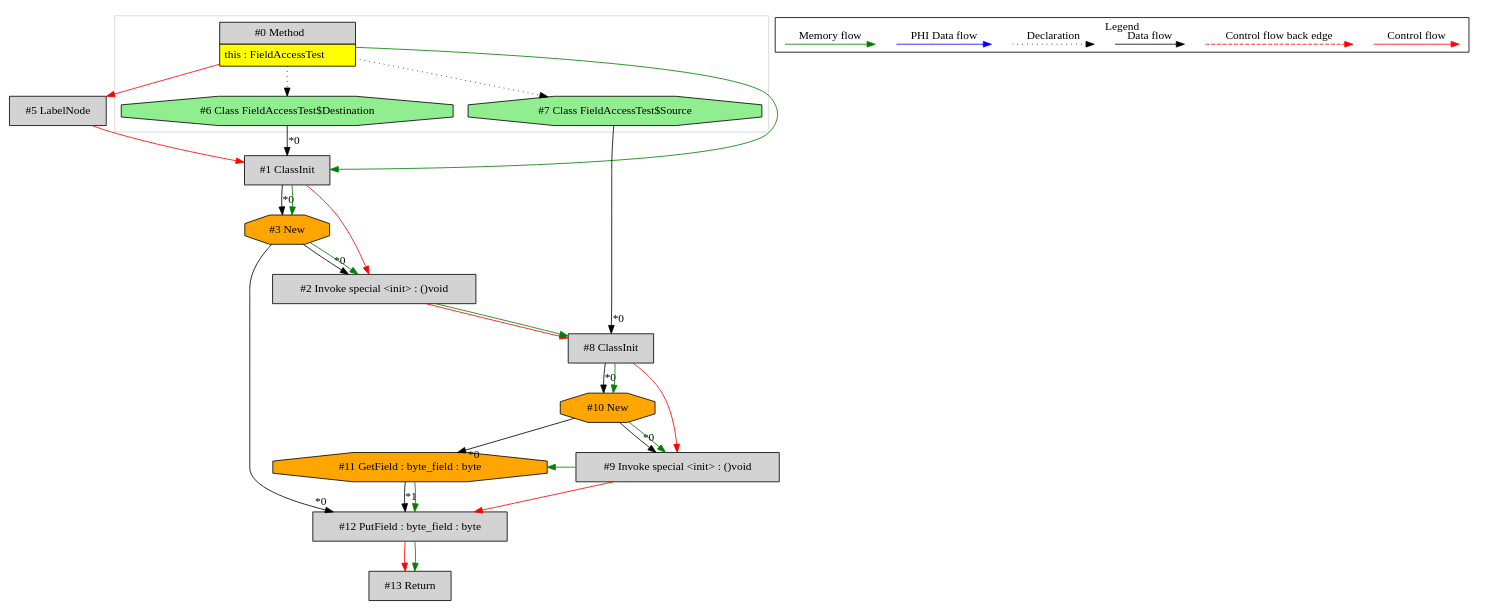
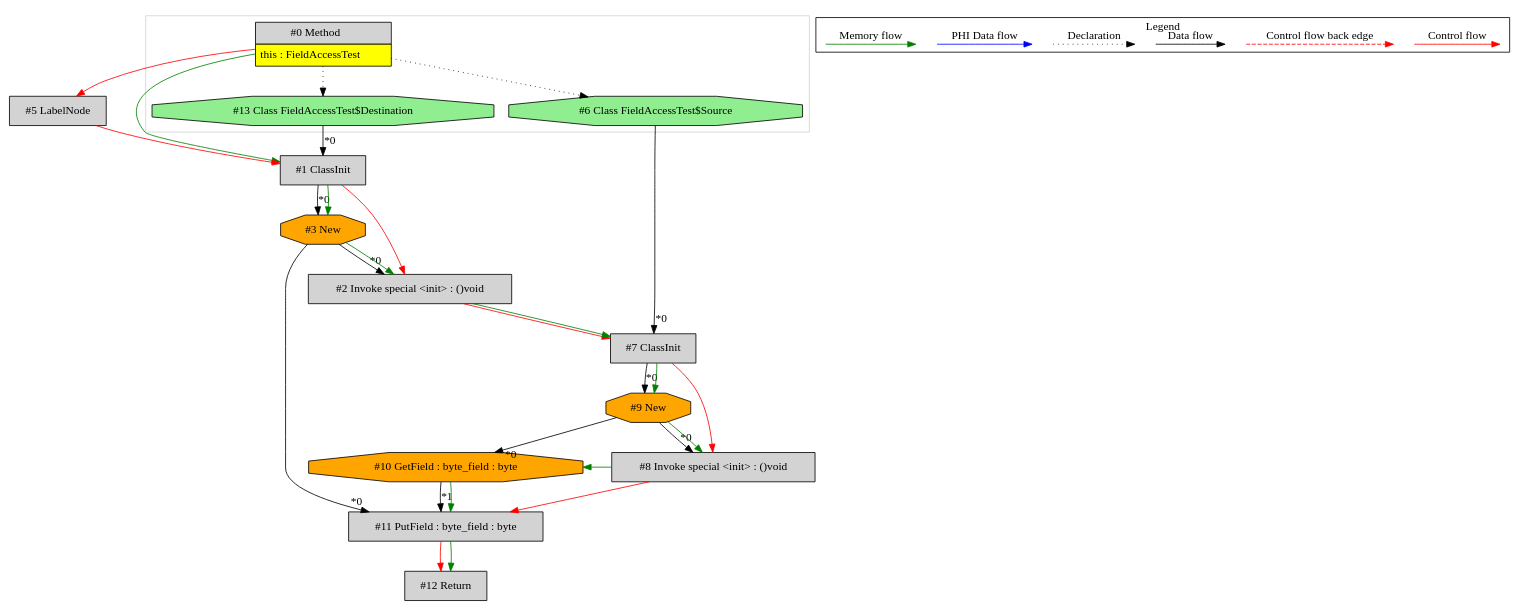
Before and after one commit to mirkosertic/MetaIR: the diagram in de.mirkosertic.metair.ir.examples.FieldAccessTest/copy_byte/ir.dot, drawn with Graphviz. The commit also changed 65 other files, not shown here.

```diff
--- a/de.mirkosertic.metair.ir.examples.FieldAccessTest/copy_byte/ir.dot
+++ b/de.mirkosertic.metair.ir.examples.FieldAccessTest/copy_byte/ir.dot
@@ -1,74 +1,74 @@
 digraph {
  node0[margin="0", label=<<table border="0" cellborder="1" cellspacing="0" cellpadding="5"><tr><td colspan="1">#0 Method</td></tr><tr><td port="prj4" bgcolor="yellow">this : FieldAccessTest</td></tr></table>>,shape=none, fillcolor=lightgrey, style=filled];
+ node1[label="#1 ClassInit",shape=box, fillcolor=lightgrey, style=filled];
+ node13 -> node1[headlabel="*0", labeldistance=2];
+ node5 -> node1[labeldistance=2, color=red, fontcolor=red];
+ node0 -> node1[labeldistance=2, color=green, constraint=false];
  node5[label="#5 LabelNode",shape=box, fillcolor=lightgrey, style=filled];
  node0 -> node5[labeldistance=2, color=red, fontcolor=red];
- node1[label="#1 ClassInit",shape=box, fillcolor=lightgrey, style=filled];
- node6 -> node1[headlabel="*0", labeldistance=2];
- node5 -> node1[labeldistance=2, color=red, fontcolor=red];
- node0 -> node1[labeldistance=2, color=green, constraint=false];
- node6[label="#6 Class FieldAccessTest$Destination",shape=octagon, fillcolor=lightgreen, style=filled];
- node0 -> node6[style=dotted];
+ node13[label="#13 Class FieldAccessTest$Destination",shape=octagon, fillcolor=lightgreen, style=filled];
+ node0 -> node13[style=dotted];
  node2[label="#2 Invoke special <init> : ()void",shape=box, fillcolor=lightgrey, style=filled];
  node3 -> node2[headlabel="*0", labeldistance=2];
  node1 -> node2[labeldistance=2, color=red, fontcolor=red];
  node3 -> node2[labeldistance=2, color=green, constraint=false];
  node3[label="#3 New",shape=octagon, fillcolor=orange, style=filled];
  node1 -> node3[headlabel="*0", labeldistance=2];
  node1 -> node3[labeldistance=2, color=green, constraint=false];
- node12[label="#12 PutField : byte_field : byte",shape=box, fillcolor=lightgrey, style=filled];
- node3 -> node12[headlabel="*0", labeldistance=2];
- node11 -> node12[headlabel="*1", labeldistance=2];
+ node11[label="#11 PutField : byte_field : byte",shape=box, fillcolor=lightgrey, style=filled];
+ node3 -> node11[headlabel="*0", labeldistance=2];
+ node10 -> node11[headlabel="*1", labeldistance=2];
+ node10 -> node11[labeldistance=2, color=green, constraint=false];
+ node8 -> node11[labeldistance=2, color=red, fontcolor=red];
+ node8[label="#8 Invoke special <init> : ()void",shape=box, fillcolor=lightgrey, style=filled];
+ node9 -> node8[headlabel="*0", labeldistance=2];
+ node7 -> node8[labeldistance=2, color=red, fontcolor=red];
+ node9 -> node8[labeldistance=2, color=green, constraint=false];
+ node9[label="#9 New",shape=octagon, fillcolor=orange, style=filled];
+ node7 -> node9[headlabel="*0", labeldistance=2];
+ node7 -> node9[labeldistance=2, color=green, constraint=false];
+ node7[label="#7 ClassInit",shape=box, fillcolor=lightgrey, style=filled];
+ node6 -> node7[headlabel="*0", labeldistance=2];
+ node2 -> node7[labeldistance=2, color=red, fontcolor=red];
+ node2 -> node7[labeldistance=2, color=green, constraint=false];
+ node6[label="#6 Class FieldAccessTest$Source",shape=octagon, fillcolor=lightgreen, style=filled];
+ node0 -> node6[style=dotted];
+ node10[label="#10 GetField : byte_field : byte",shape=octagon, fillcolor=orange, style=filled];
+ node9 -> node10[headlabel="*0", labeldistance=2];
+ node8 -> node10[labeldistance=2, color=green, constraint=false];
+ node12[label="#12 Return",shape=box, fillcolor=lightgrey, style=filled];
+ node11 -> node12[labeldistance=2, color=red, fontcolor=red];
  node11 -> node12[labeldistance=2, color=green, constraint=false];
- node9 -> node12[labeldistance=2, color=red, fontcolor=red];
- node9[label="#9 Invoke special <init> : ()void",shape=box, fillcolor=lightgrey, style=filled];
- node10 -> node9[headlabel="*0", labeldistance=2];
- node8 -> node9[labeldistance=2, color=red, fontcolor=red];
- node10 -> node9[labeldistance=2, color=green, constraint=false];
- node10[label="#10 New",shape=octagon, fillcolor=orange, style=filled];
- node8 -> node10[headlabel="*0", labeldistance=2];
- node8 -> node10[labeldistance=2, color=green, constraint=false];
- node8[label="#8 ClassInit",shape=box, fillcolor=lightgrey, style=filled];
- node7 -> node8[headlabel="*0", labeldistance=2];
- node2 -> node8[labeldistance=2, color=red, fontcolor=red];
- node2 -> node8[labeldistance=2, color=green, constraint=false];
- node7[label="#7 Class FieldAccessTest$Source",shape=octagon, fillcolor=lightgreen, style=filled];
- node0 -> node7[style=dotted];
- node11[label="#11 GetField : byte_field : byte",shape=octagon, fillcolor=orange, style=filled];
- node10 -> node11[headlabel="*0", labeldistance=2];
- node9 -> node11[labeldistance=2, color=green, constraint=false];
- node13[label="#13 Return",shape=box, fillcolor=lightgrey, style=filled];
- node12 -> node13[labeldistance=2, color=red, fontcolor=red];
- node12 -> node13[labeldistance=2, color=green, constraint=false];
  subgraph cluster_0 {
   color=lightgray;
   node0;
   node6;
-  node7;
+  node13;
  }
  subgraph cluster_000 {
   label = "Legend";
   node [shape=point]
   {
    rank=same;
    c0 [style = invis];
    c1 [style = invis];
    c2 [style = invis];
    c3 [style = invis];
    d0 [style = invis];
    d1 [style = invis];
    d2 [style = invis];
    d3 [style = invis];
    d4 [style = invis];
    d5 [style = invis];
    d6 [style = invis];
    d7 [style = invis];
   }
   c0 -> c1 [label="Control flow", style=solid, color=red]
   c2 -> c3 [label="Control flow back edge", style=dashed, color=red]
   d0 -> d1 [label="Data flow"]
   d2 -> d3 [label="Declaration", style=dotted]
   d4 -> d5 [label="PHI Data flow", color=blue]
   d6 -> d7 [label="Memory flow", color=green]
  }
 
 }
```
